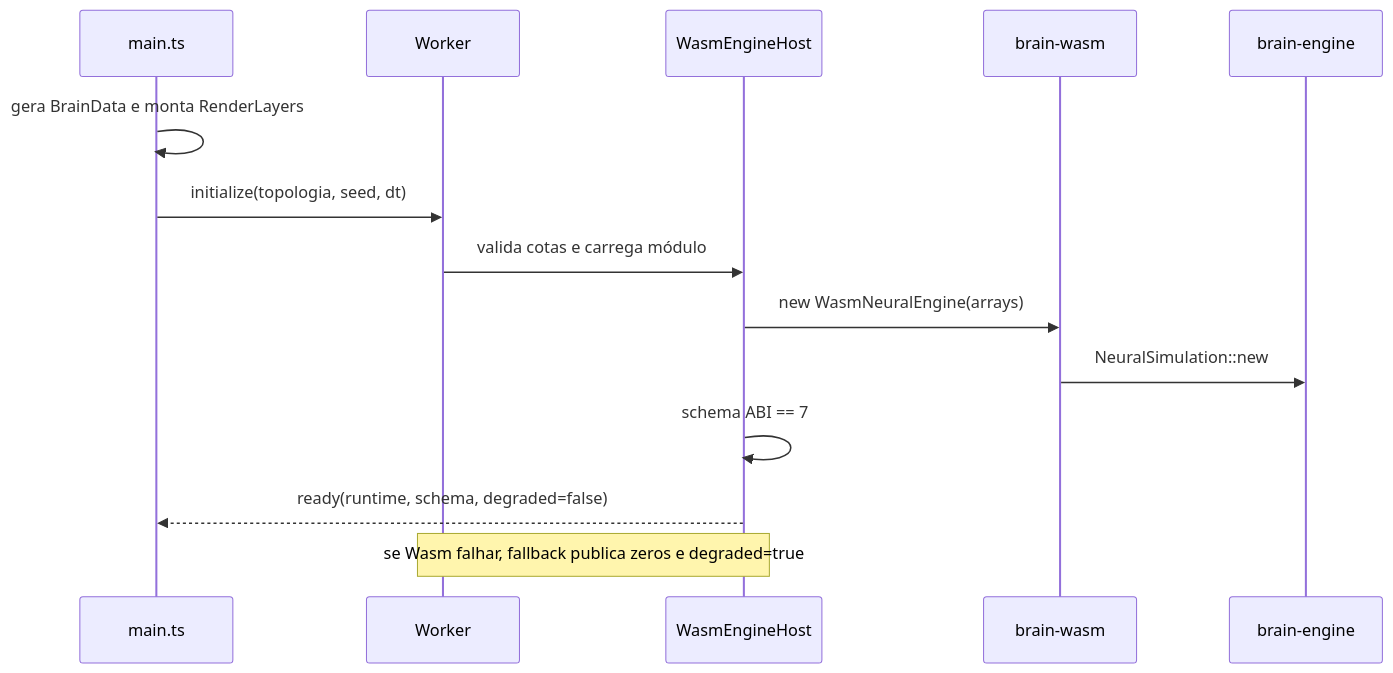
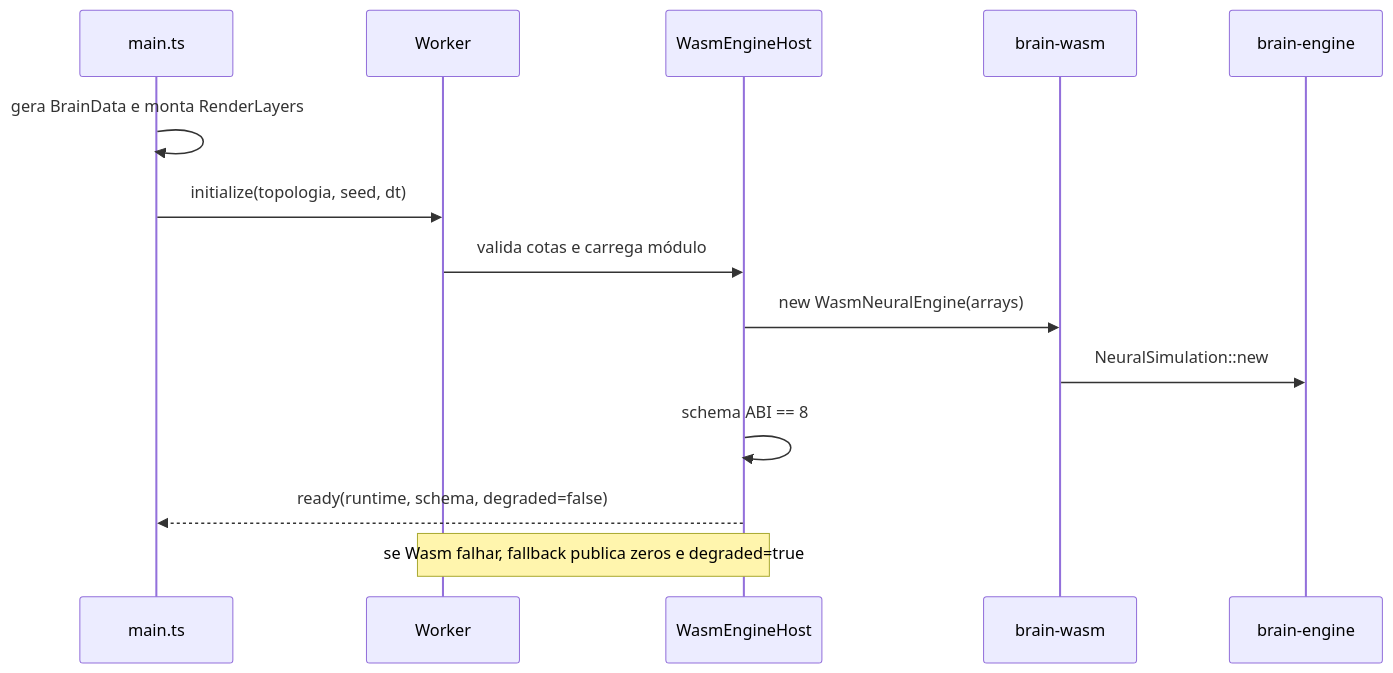
Before and after one commit to blightghp/blightghp: the fourth of 13 diagrams in ARCHITECTURE.md, drawn with Mermaid. The commit also changed other lines of this file and 38 other files, not shown here.

````diff
--- a/ARCHITECTURE.md
+++ b/ARCHITECTURE.md
@@ -189,16 +189,16 @@
 ```mermaid
 sequenceDiagram
     participant DOM as main.ts
     participant W as Worker
     participant H as WasmEngineHost
     participant A as brain-wasm
     participant E as brain-engine
     DOM->>DOM: gera BrainData e monta RenderLayers
     DOM->>W: initialize(topologia, seed, dt)
     W->>H: valida cotas e carrega módulo
     H->>A: new WasmNeuralEngine(arrays)
     A->>E: NeuralSimulation::new
-    H->>H: schema ABI == 7
+    H->>H: schema ABI == 8
     H-->>DOM: ready(runtime, schema, degraded=false)
     Note over W,H: se Wasm falhar, fallback publica zeros e degraded=true
 ```
````
